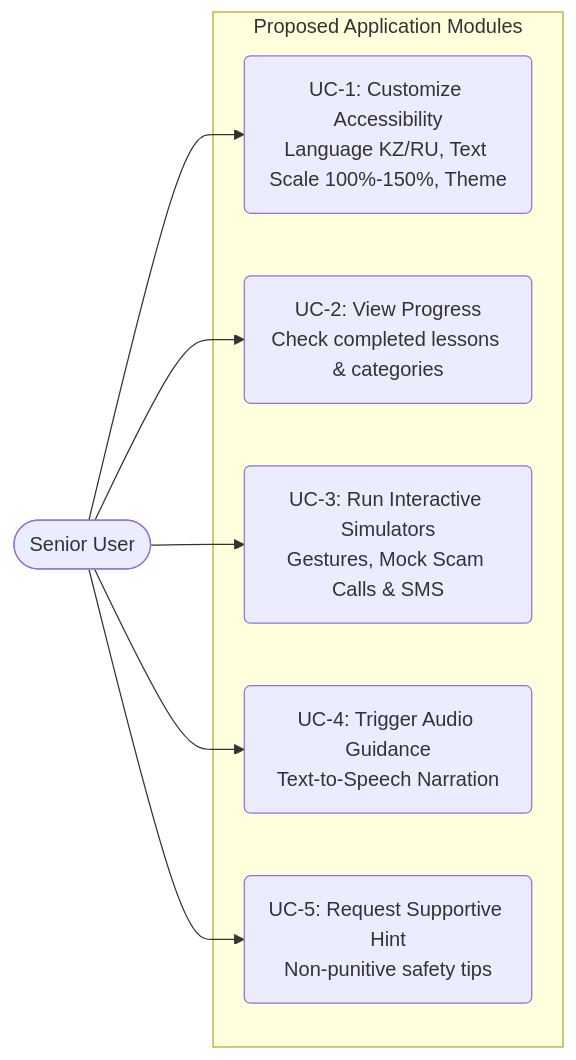
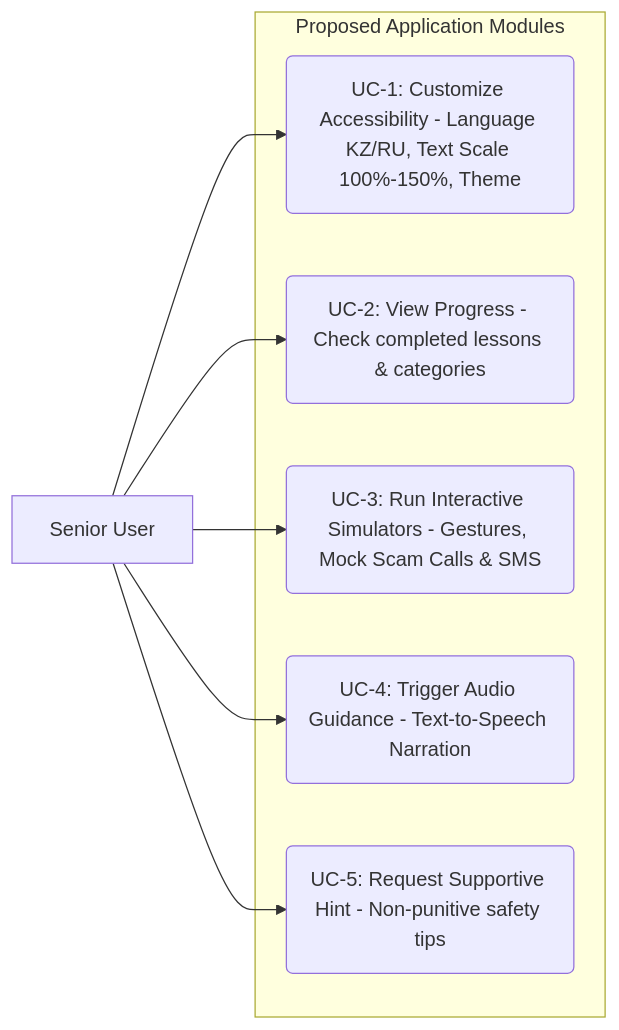
The second of 3 diagrams in docs/diagrams/README.md (dana-rais/diplom-app), drawn with Mermaid before and after one commit. The commit also changed other lines of this file, not shown here.

````diff
--- a/docs/diagrams/README.md
+++ b/docs/diagrams/README.md
@@ -17,18 +17,18 @@
 ```mermaid
 graph LR
-    User([Senior User])
+    User[Senior User]
     
     subgraph Proposed Application Modules
-        UC1(UC-1: Customize Accessibility\nLanguage KZ/RU, Text Scale 100%-150%, Theme)
-        UC2(UC-2: View Progress\nCheck completed lessons & categories)
-        UC3(UC-3: Run Interactive Simulators\nGestures, Mock Scam Calls & SMS)
-        UC4(UC-4: Trigger Audio Guidance\nText-to-Speech Narration)
-        UC5(UC-5: Request Supportive Hint\nNon-punitive safety tips)
+        UC1(UC-1: Customize Accessibility - Language KZ/RU, Text Scale 100%-150%, Theme)
+        UC2(UC-2: View Progress - Check completed lessons & categories)
+        UC3(UC-3: Run Interactive Simulators - Gestures, Mock Scam Calls & SMS)
+        UC4(UC-4: Trigger Audio Guidance - Text-to-Speech Narration)
+        UC5(UC-5: Request Supportive Hint - Non-punitive safety tips)
     end
     
     User --> UC1
     User --> UC2
     User --> UC3
     User --> UC4
     User --> UC5
 ```
````
